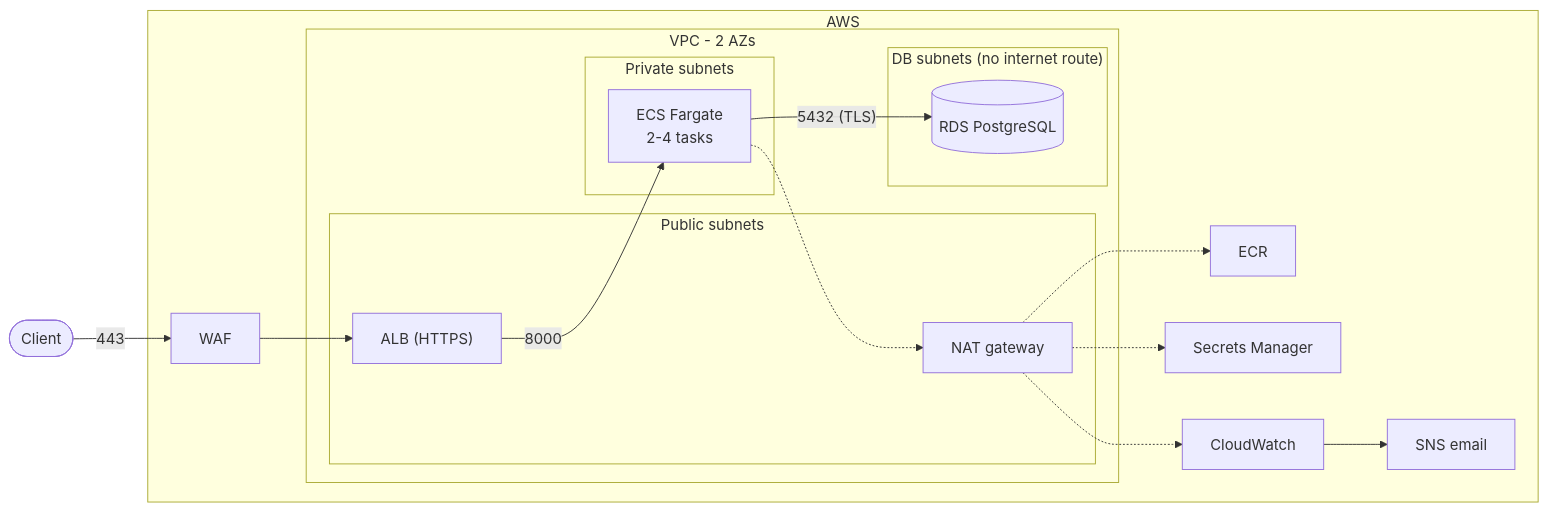
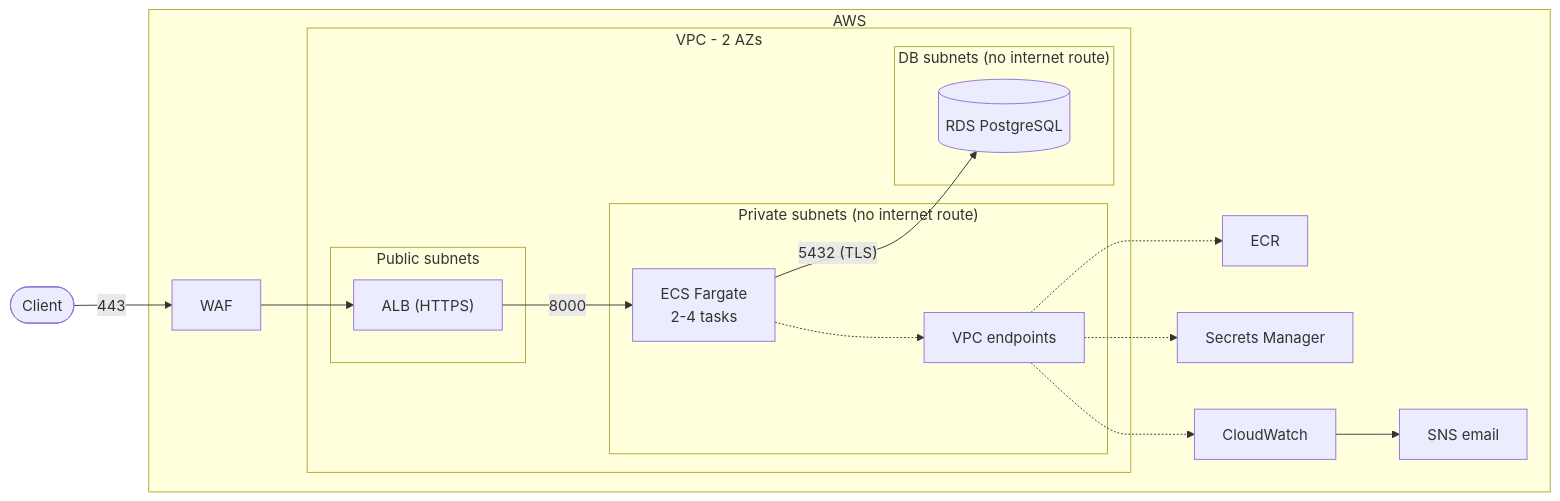
One commit to bdharavathu/banking-api-aws-infra changed the diagram in docs/architecture.md. Above: the diagram before and after it, drawn with Mermaid. The commit also changed other lines of this file and 15 other files, not shown here.

````diff
--- a/docs/architecture.md
+++ b/docs/architecture.md
@@ -3,32 +3,32 @@
 ```mermaid
 flowchart LR
     client(["Client"])
 
     subgraph aws["AWS"]
         waf["WAF"]
 
         subgraph vpc["VPC - 2 AZs"]
             subgraph public["Public subnets"]
                 alb["ALB (HTTPS)"]
-                nat["NAT gateway"]
             end
-            subgraph private["Private subnets"]
+            subgraph private["Private subnets (no internet route)"]
                 ecs["ECS Fargate<br/>2-4 tasks"]
+                vpce["VPC endpoints"]
             end
             subgraph db["DB subnets (no internet route)"]
                 rds[("RDS PostgreSQL")]
             end
         end
 
         ecr["ECR"]
         sm["Secrets Manager"]
         cw["CloudWatch"]
         sns["SNS email"]
     end
 
     client -- 443 --> waf --> alb
     alb -- 8000 --> ecs
     ecs -- "5432 (TLS)" --> rds
-    ecs -.-> nat -.-> ecr & sm & cw
+    ecs -.-> vpce -.-> ecr & sm & cw
     cw --> sns
 ```
````
